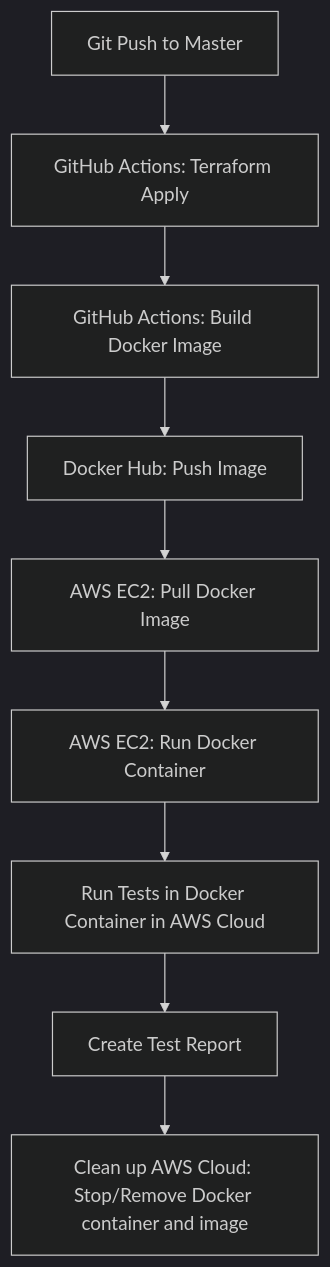
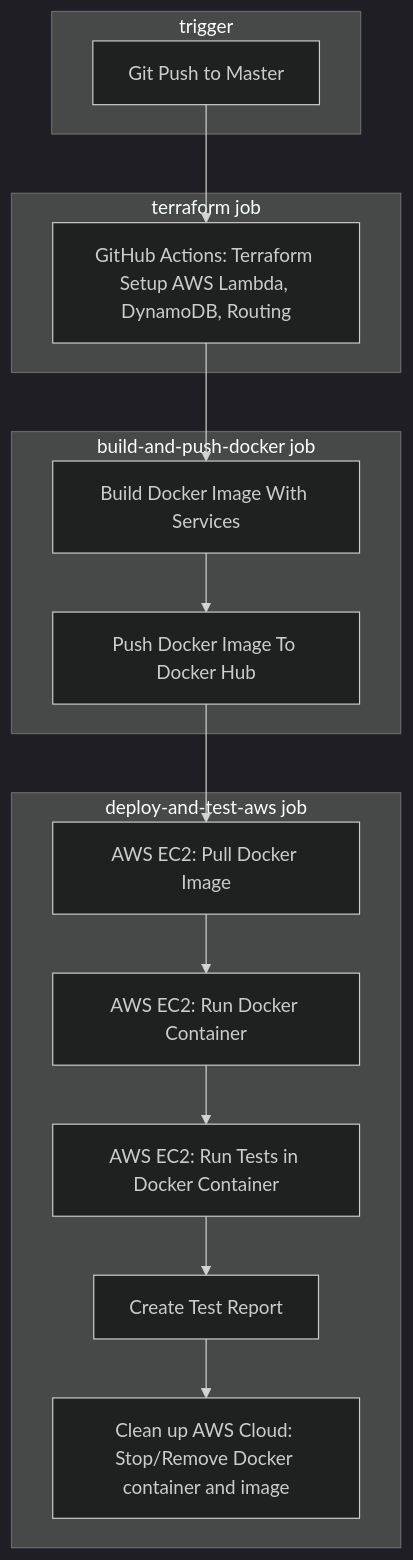
One commit to vyt777/microservices-pipeline-aws-demo changed the third of 3 diagrams in README.MD. Above: the diagram before and after it, drawn with Mermaid (dark theme). The commit also changed other lines of this file and 5 other files, not shown here.

````diff
--- a/README.MD
+++ b/README.MD
@@ -56,11 +60,28 @@
 ```mermaid
 graph TD;
-    A[Git Push to Master] --> B[GitHub Actions: Terraform Apply]
-    B --> C[GitHub Actions: Build Docker Image]
-    C --> D[Docker Hub: Push Image]
-    D --> E[AWS EC2: Pull Docker Image]
-    E --> F[AWS EC2: Run Docker Container]
-    F --> G[Run Tests in Docker Container in AWS Cloud]
-    G --> H[Create Test Report]
-    H --> I[Clean up AWS Cloud: Stop/Remove Docker container and image]
+  subgraph trigger
+    A[Git Push to Master]
+  end
+  subgraph terraform job
+    B[GitHub Actions: Terraform Setup AWS Lambda, DynamoDB, Routing]
+  end
+  subgraph build-and-push-docker job
+    C[Build Docker Image With Services]
+    D[Push Docker Image To Docker Hub]
+  end
+  subgraph deploy-and-test-aws job
+    E[AWS EC2: Pull Docker Image]
+    F[AWS EC2: Run Docker Container]
+    G[AWS EC2: Run Tests in Docker Container]
+    H[Create Test Report]
+    I[Clean up AWS Cloud: Stop/Remove Docker container and image]
+  end
+    A --> B
+    B --> C
+    C --> D
+    D --> E
+    E --> F
+    F --> G
+    G --> H
+    H --> I
 ```
````
